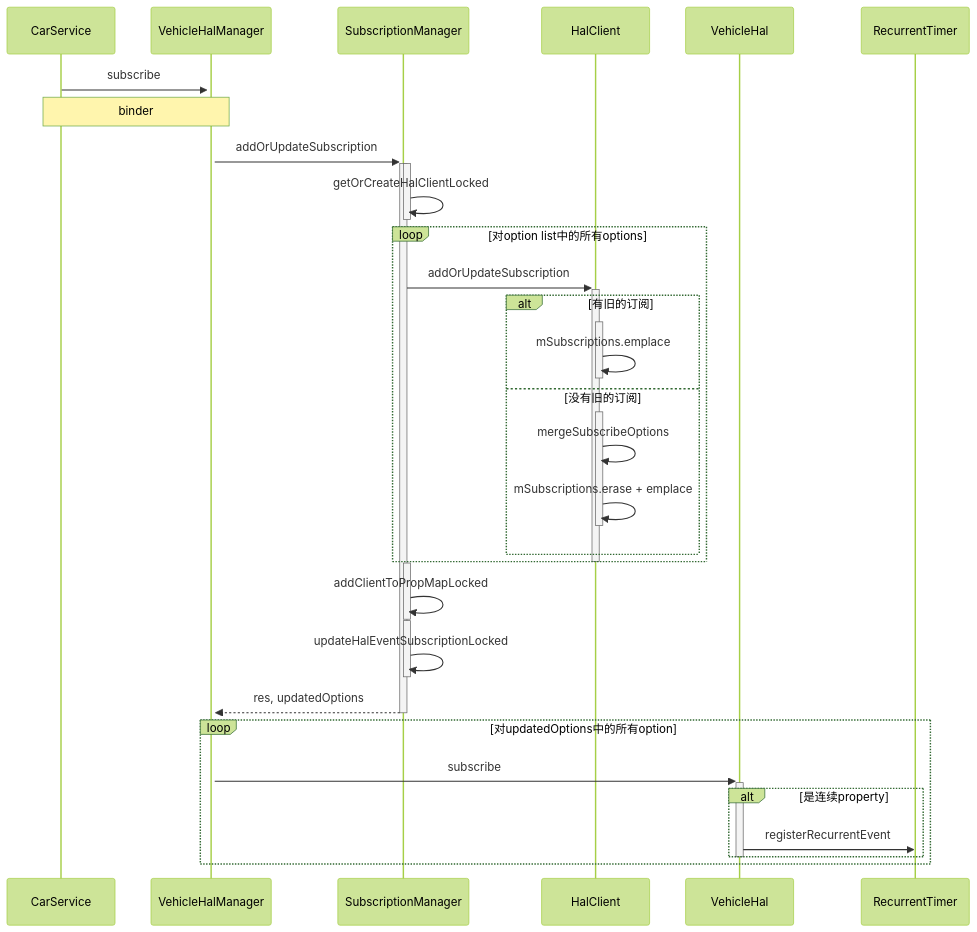
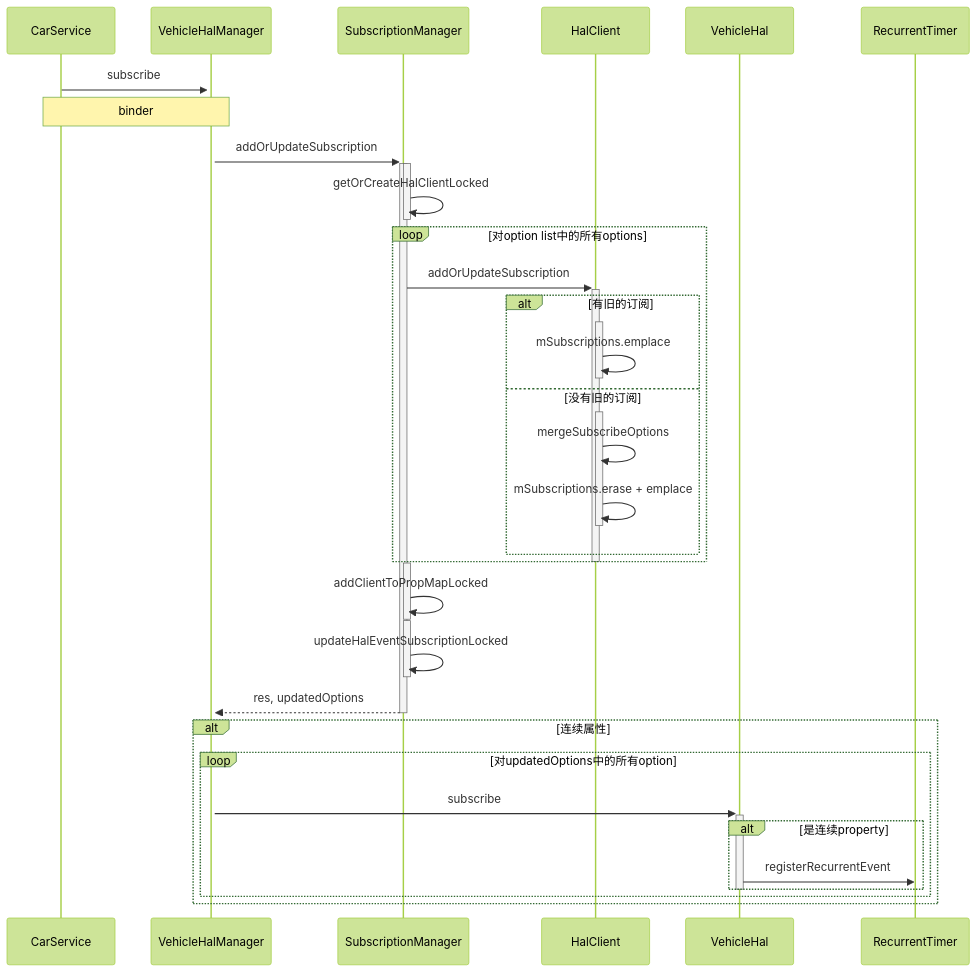
One commit to braisedp/braisedp.github.io changed the first of 4 diagrams in _posts/2025-9-8-vhal_subscribe.md. Above: the diagram before and after it, drawn with Mermaid (forest theme). The commit also changed other lines of this file and 2 other files, not shown here.

````diff
--- a/_posts/2025-9-8-vhal_subscribe.md
+++ b/_posts/2025-9-8-vhal_subscribe.md
@@ -40,46 +40,48 @@
 ```mermaid
 sequenceDiagram
 
 participant CS as CarService 
 participant  VHM as VehicleHalManager
 participant  SM as SubscriptionManager
 participant  HC as HalClient
 participant VH as VehicleHal 
 participant  RT as RecurrentTimer
 
 CS->>+VHM: subscribe
 note over CS, VHM : binder
 VHM->>+SM: addOrUpdateSubscription
 activate SM
 SM->>SM: getOrCreateHalClientLocked
 deactivate SM
 loop 对option list中的所有options
 SM->>+HC: addOrUpdateSubscription
 alt 有旧的订阅
 activate HC
 HC->>HC: mSubscriptions.emplace
 deactivate HC
 else 没有旧的订阅
 activate HC
 HC->>HC: mergeSubscribeOptions
 HC->>HC : mSubscriptions.erase + emplace
 deactivate HC 
 end
 end
 deactivate HC
 activate SM
 SM->>SM:addClientToPropMapLocked
 deactivate SM
 activate SM
 SM->>SM: updateHalEventSubscriptionLocked
 deactivate SM
 SM-->>VHM: res, updatedOptions
 deactivate SM
+alt 连续属性
 loop 对updatedOptions中的所有option
 VHM->>+VH: subscribe
 alt 是连续property
 VH->>RT: registerRecurrentEvent
 end
 deactivate VH
 end
+end
 ```
````
